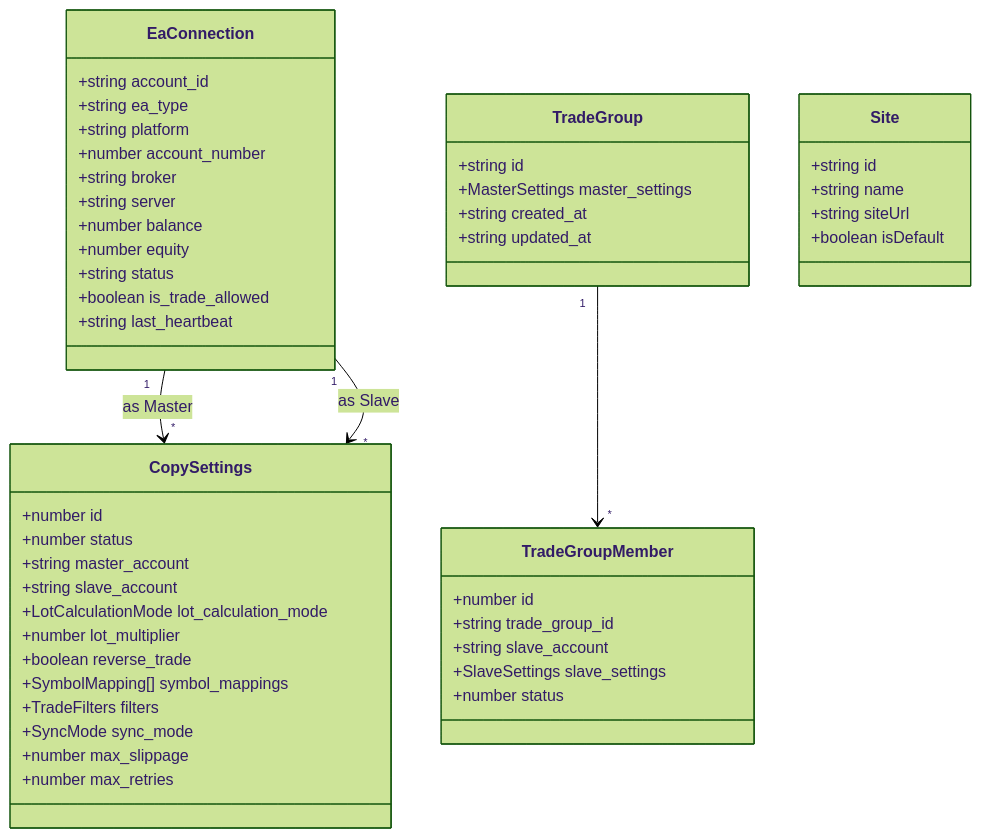
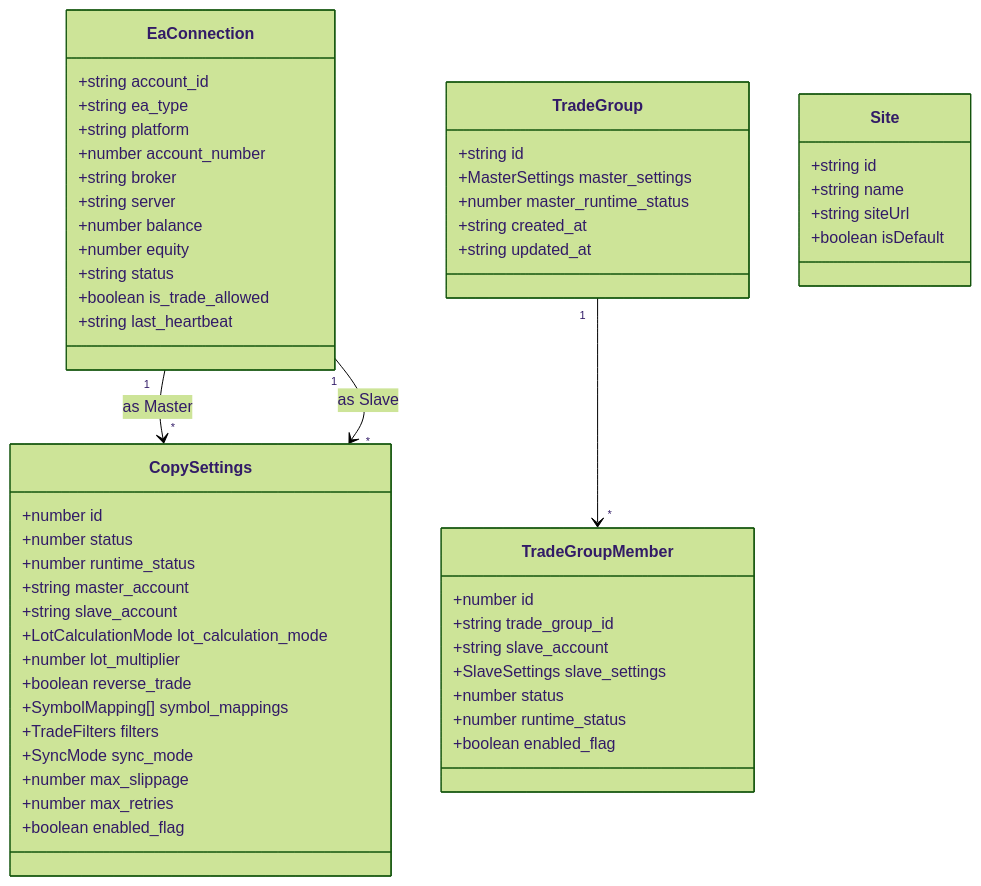
One commit to poruru210/sankey-copier changed the second of 7 diagrams in docs/web-ui.md. Above: the diagram before and after it, drawn with Mermaid (forest theme). The commit also changed other lines of this file and 4 other files, not shown here.

````diff
--- a/docs/web-ui.md
+++ b/docs/web-ui.md
@@ -98,57 +98,62 @@
 ```mermaid
 classDiagram
     class EaConnection {
         +string account_id
         +string ea_type
         +string platform
         +number account_number
         +string broker
         +string server
         +number balance
         +number equity
         +string status
         +boolean is_trade_allowed
         +string last_heartbeat
     }
 
     class CopySettings {
         +number id
         +number status
+        +number runtime_status
         +string master_account
         +string slave_account
         +LotCalculationMode lot_calculation_mode
         +number lot_multiplier
         +boolean reverse_trade
         +SymbolMapping[] symbol_mappings
         +TradeFilters filters
         +SyncMode sync_mode
         +number max_slippage
         +number max_retries
+        +boolean enabled_flag
     }
 
     class TradeGroup {
         +string id
         +MasterSettings master_settings
+        +number master_runtime_status
         +string created_at
         +string updated_at
     }
 
     class TradeGroupMember {
         +number id
         +string trade_group_id
         +string slave_account
         +SlaveSettings slave_settings
         +number status
+        +number runtime_status
+        +boolean enabled_flag
     }
 
     class Site {
         +string id
         +string name
         +string siteUrl
         +boolean isDefault
     }
 
     TradeGroup "1" --> "*" TradeGroupMember
     EaConnection "1" --> "*" CopySettings : as Master
     EaConnection "1" --> "*" CopySettings : as Slave
 ```
````
